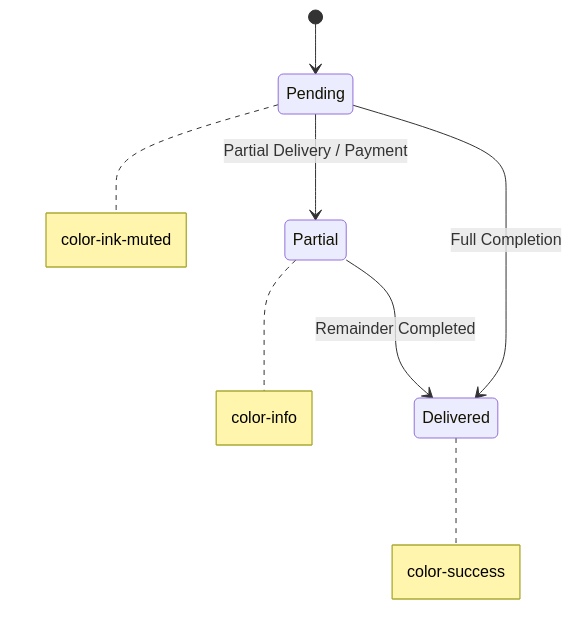
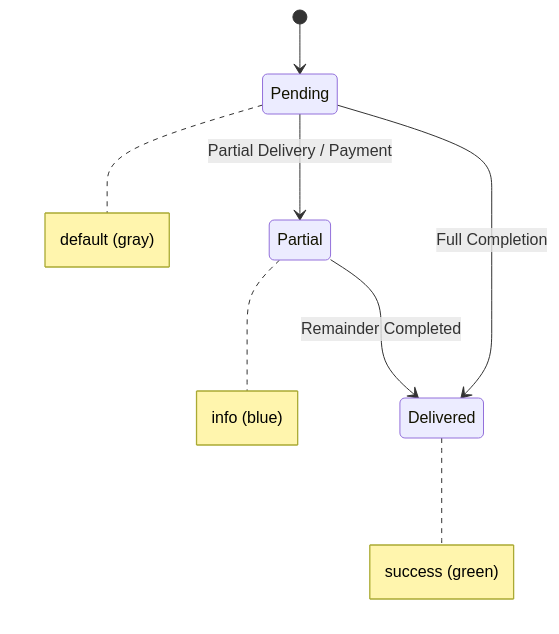
The diagram in context/design.md (ehtisham-hashim/AquaSphere), drawn with Mermaid before and after one commit. The commit also changed other lines of this file, not shown here.

````diff
--- a/context/design.md
+++ b/context/design.md
@@ -164,11 +400,11 @@
 ```mermaid
 stateDiagram-v2
     [*] --> Pending
     Pending --> Partial : Partial Delivery / Payment
     Partial --> Delivered : Remainder Completed
     Pending --> Delivered : Full Completion
 
-    note right of Pending: color-ink-muted
-    note right of Partial: color-info
-    note right of Delivered: color-success
+    note right of Pending: default (gray)
+    note right of Partial: info (blue)
+    note right of Delivered: success (green)
 ```
````
